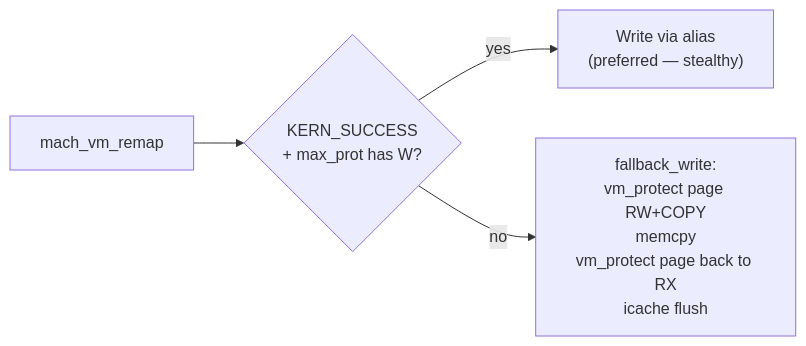
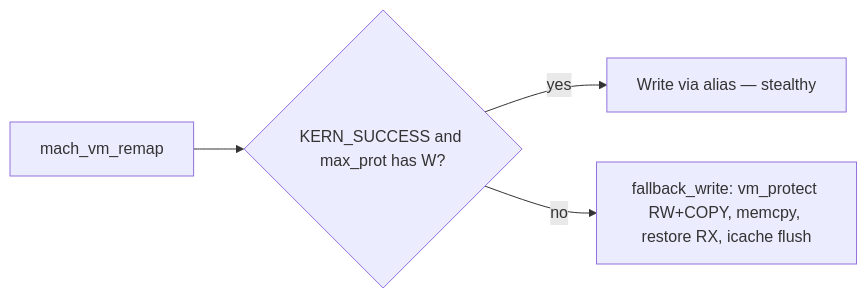
The tenth of 20 diagrams in docs/architecture.md (Batchhh/libspecter), drawn with Mermaid before and after one commit. The commit also changed other lines of this file and 7 other files, not shown here.

````diff
--- a/docs/architecture.md
+++ b/docs/architecture.md
@@ -267,11 +279,11 @@
 ```mermaid
 flowchart LR
-    Try["mach_vm_remap"]
-    OK{"KERN_SUCCESS<br/>+ max_prot has W?"}
-    Remap["Write via alias<br/>(preferred — stealthy)"]
-    Fallback["fallback_write:<br/>vm_protect page RW+COPY<br/>memcpy<br/>vm_protect page back to RX<br/>icache flush"]
+    Try[mach_vm_remap]
+    OK{KERN_SUCCESS and max_prot has W?}
+    Remap[Write via alias — stealthy]
+    Fallback[fallback_write: vm_protect RW+COPY, memcpy, restore RX, icache flush]
 
     Try --> OK
     OK -->|yes| Remap
     OK -->|no| Fallback
 ```
````
